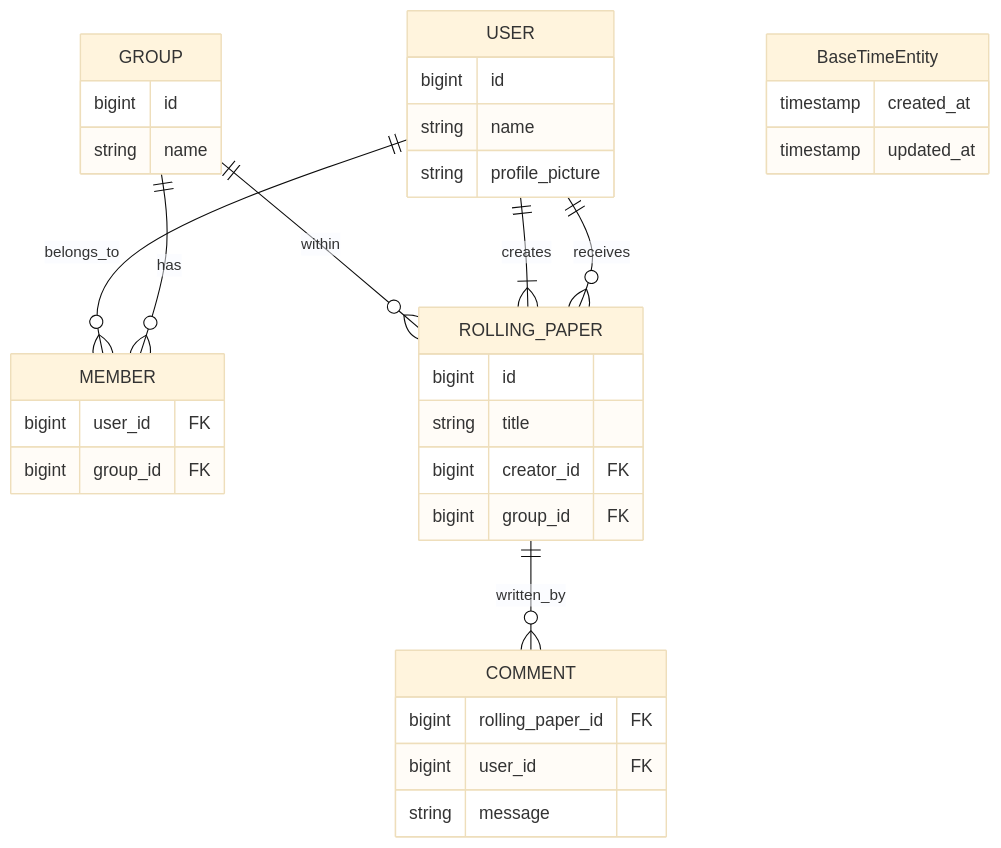
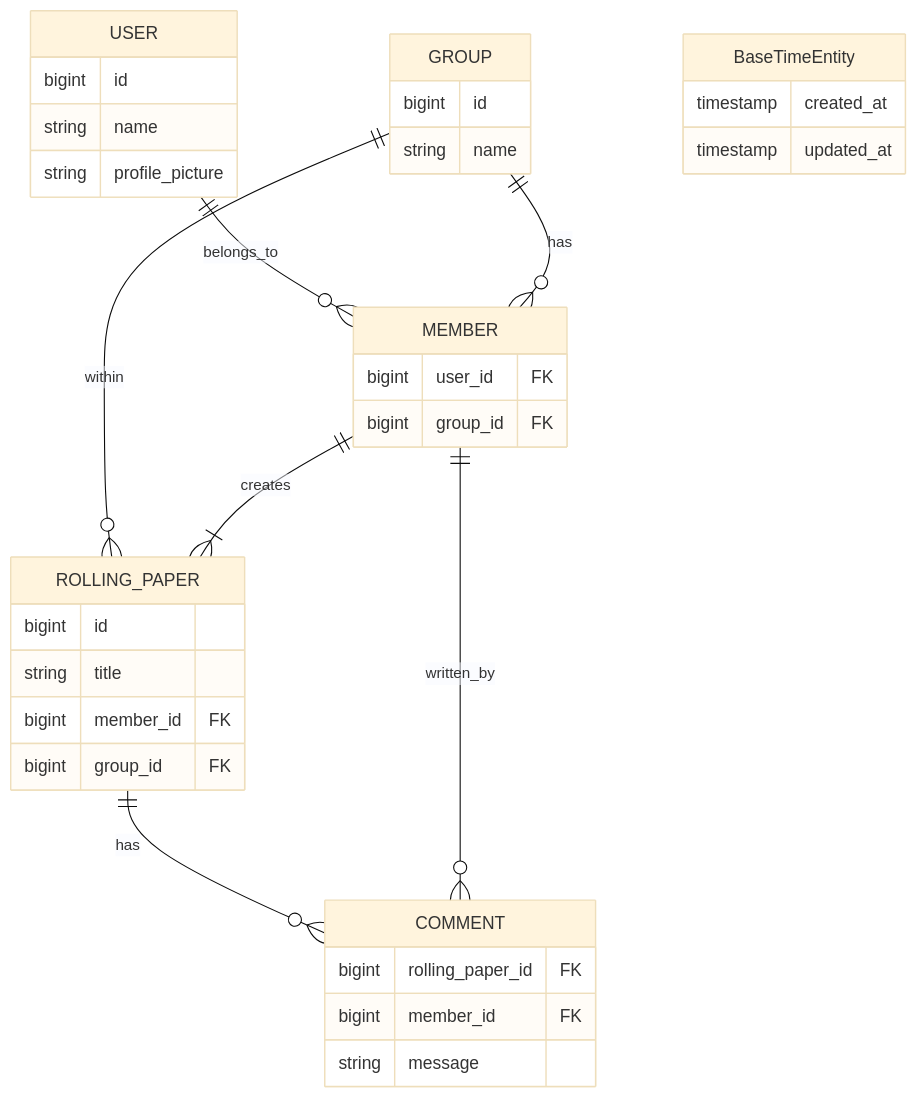
One commit to Princess-in-silvertown/toyou-server changed the diagram in docs/toyou-erd.md. Above: the diagram before and after it, drawn with Mermaid (base theme).

Commit message:
docs: ERD 수정

````diff
--- a/docs/toyou-erd.md
+++ b/docs/toyou-erd.md
@@ -3,42 +3,42 @@
 ```mermaid
 erDiagram
     USER ||--o{ MEMBER: belongs_to
     USER {
         bigint id
         string name
         string profile_picture
     }
 
     GROUP ||--o{ ROLLING_PAPER: within
     GROUP {
         bigint id
         string name
     }
 
     GROUP ||--o{ MEMBER: has
     MEMBER {
         bigint user_id FK
         bigint group_id FK
     }
 
-    USER ||--|{ ROLLING_PAPER: creates
-    USER ||--o{ ROLLING_PAPER: receives
+    MEMBER ||--|{ ROLLING_PAPER: creates
     ROLLING_PAPER {
         bigint id
         string title
-        bigint creator_id FK
+        bigint member_id FK
         bigint group_id FK
     }
 
-    ROLLING_PAPER ||--o{ COMMENT: written_by
+    ROLLING_PAPER ||--o{ COMMENT: has
+    MEMBER ||--o{ COMMENT: written_by
     COMMENT {
         bigint rolling_paper_id FK
-        bigint user_id FK
+        bigint member_id FK
         string message
     }
 
     BaseTimeEntity {
         timestamp created_at
         timestamp updated_at
     }
 ```
````
